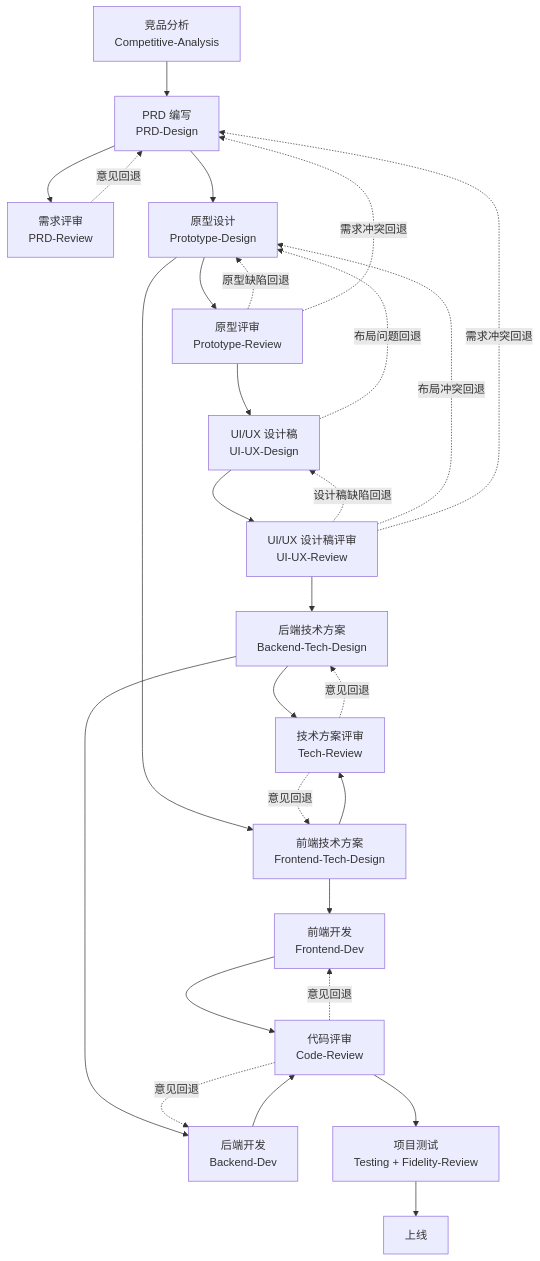
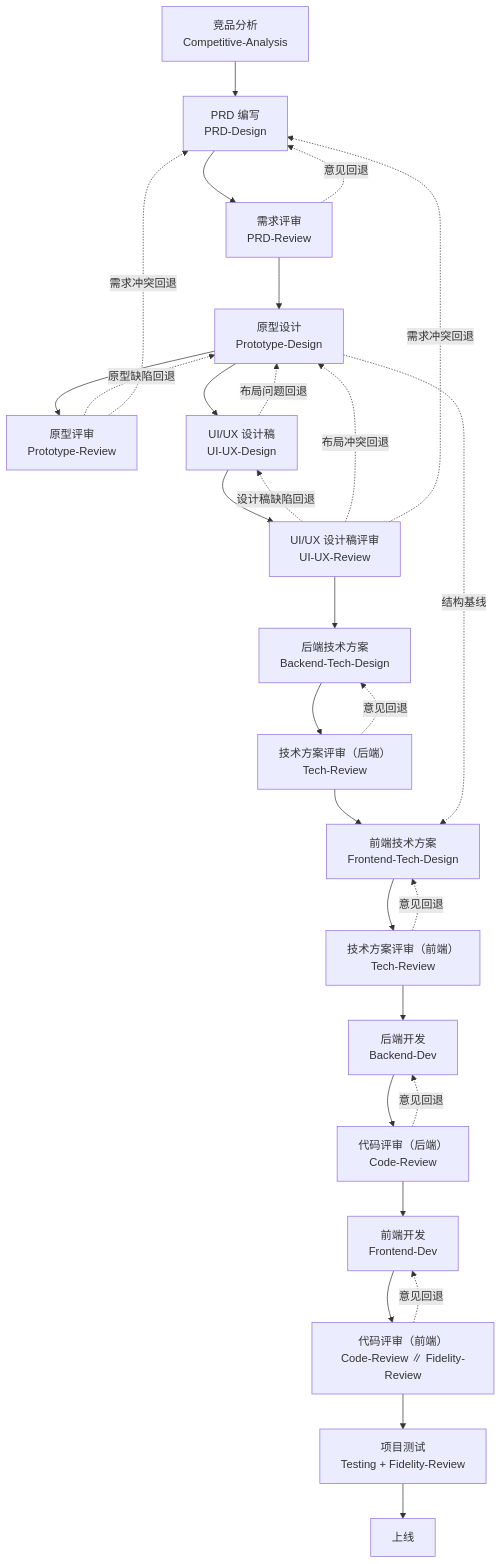
The diagram in README.md (tengerfly/tenger-skills), drawn with Mermaid before and after one commit. The commit also changed other lines of this file and 70 other files, not shown here.

````diff
--- a/README.md
+++ b/README.md
@@ -28,30 +28,31 @@
 ```mermaid
 flowchart TD
     CA[竞品分析<br/>Competitive-Analysis] --> PRD[PRD 编写<br/>PRD-Design]
     PRD --> PR[需求评审<br/>PRD-Review]
     PR -. 意见回退 .-> PRD
-    PRD --> PT[原型设计<br/>Prototype-Design]
+    PR --> PT[原型设计<br/>Prototype-Design]
     PT --> PTR[原型评审<br/>Prototype-Review]
     PTR -. 原型缺陷回退 .-> PT
     PTR -. 需求冲突回退 .-> PRD
-    PTR --> UID[UI/UX 设计稿<br/>UI-UX-Design]
+    PT --> UID[UI/UX 设计稿<br/>UI-UX-Design]
     UID -. 布局问题回退 .-> PT
     UID --> UIR[UI/UX 设计稿评审<br/>UI-UX-Review]
     UIR -. 设计稿缺陷回退 .-> UID
     UIR -. 布局冲突回退 .-> PT
     UIR -. 需求冲突回退 .-> PRD
     UIR --> BTD[后端技术方案<br/>Backend-Tech-Design]
-    PT --> FTD[前端技术方案<br/>Frontend-Tech-Design]
-    BTD --> TR[技术方案评审<br/>Tech-Review]
-    FTD --> TR
-    TR -. 意见回退 .-> BTD
-    TR -. 意见回退 .-> FTD
-    BTD --> BD[后端开发<br/>Backend-Dev]
-    FTD --> FD[前端开发<br/>Frontend-Dev]
-    BD --> CR[代码评审<br/>Code-Review]
-    FD --> CR
-    CR -. 意见回退 .-> BD
-    CR -. 意见回退 .-> FD
-    CR --> T[项目测试<br/>Testing + Fidelity-Review]
+    BTD --> TRB[技术方案评审（后端）<br/>Tech-Review]
+    TRB -. 意见回退 .-> BTD
+    TRB --> FTD[前端技术方案<br/>Frontend-Tech-Design]
+    PT -. 结构基线 .-> FTD
+    FTD --> TRF[技术方案评审（前端）<br/>Tech-Review]
+    TRF -. 意见回退 .-> FTD
+    TRF --> BD[后端开发<br/>Backend-Dev]
+    BD --> CRB[代码评审（后端）<br/>Code-Review]
+    CRB -. 意见回退 .-> BD
+    CRB --> FD[前端开发<br/>Frontend-Dev]
+    FD --> CRF[代码评审（前端）<br/>Code-Review ∥ Fidelity-Review]
+    CRF -. 意见回退 .-> FD
+    CRF --> T[项目测试<br/>Testing + Fidelity-Review]
     T --> DONE[上线]
 ```
````
